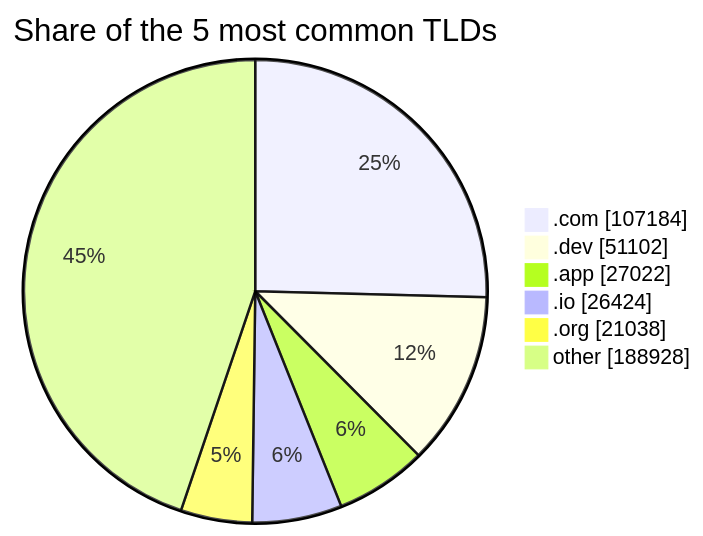
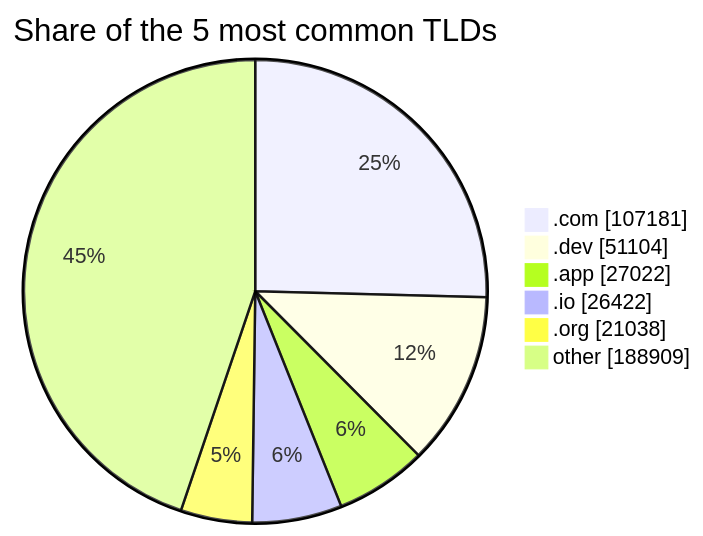
Before and after one commit to DNSBunker/CTI: the third of 3 diagrams in README.md, drawn with Mermaid. The commit also changed other lines of this file and 3 other files, not shown here.

````diff
--- a/README.md
+++ b/README.md
@@ -81,9 +81,9 @@
 ```mermaid
 pie showData title Share of the 5 most common TLDs
-    ".com" : 107184
-    ".dev" : 51102
+    ".com" : 107181
+    ".dev" : 51104
     ".app" : 27022
-    ".io" : 26424
+    ".io" : 26422
     ".org" : 21038
-    "other" : 188928
+    "other" : 188909
 ```
````
